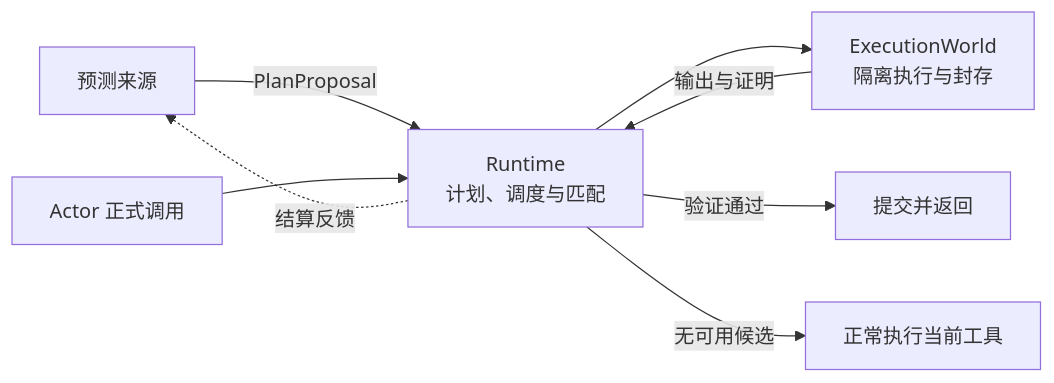
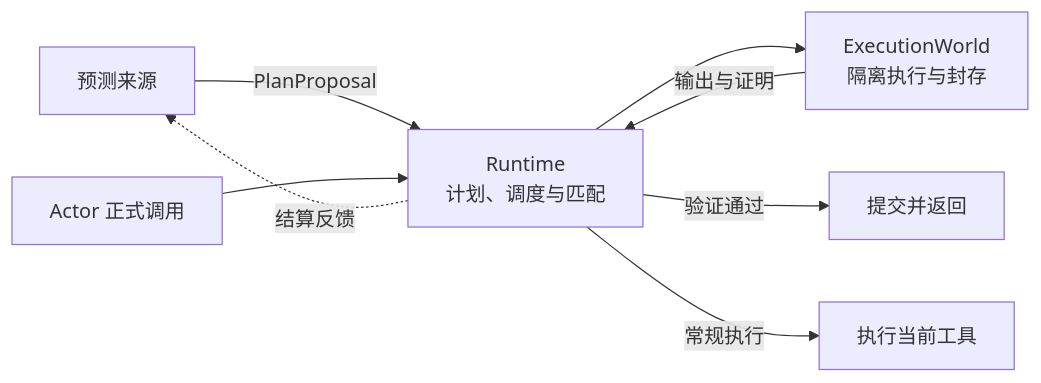
The diagram in README.md (xchang1121/pi-speculative-action), drawn with Mermaid before and after one commit. The commit also changed other lines of this file and 1 other file, not shown here.

````diff
--- a/README.md
+++ b/README.md
@@ -7,10 +7,10 @@
 ```mermaid
 flowchart LR
     Sources["预测来源"] -->|PlanProposal| Runtime["Runtime<br/>计划、调度与匹配"]
     Actor["Actor 正式调用"] --> Runtime
     Runtime --> World["ExecutionWorld<br/>隔离执行与封存"]
     World -->|输出与证明| Runtime
     Runtime -->|验证通过| Commit["提交并返回"]
-    Runtime -->|无可用候选| Fallback["正常执行当前工具"]
+    Runtime -->|常规执行| Fallback["执行当前工具"]
     Runtime -. 结算反馈 .-> Sources
 ```
````
